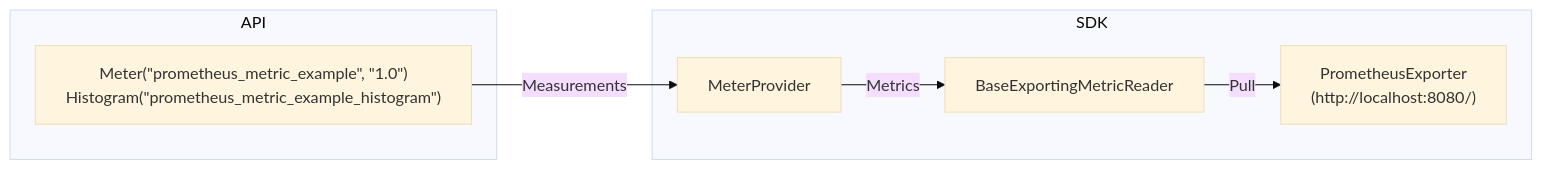
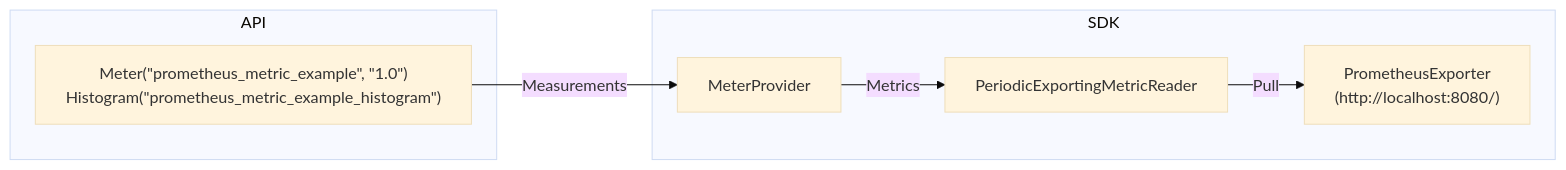
Before and after one commit to open-telemetry/opentelemetry-cpp: the first of 2 diagrams in examples/prometheus/README.md, drawn with Mermaid (base theme). The commit also changed other lines of this file, not shown here.

````diff
--- a/examples/prometheus/README.md
+++ b/examples/prometheus/README.md
@@ -47,17 +47,17 @@
 ```mermaid
 graph LR
 
 subgraph SDK
   MeterProvider
-  MetricReader[BaseExportingMetricReader]
+  MetricReader[PeriodicExportingMetricReader]
   PrometheusExporter["PrometheusExporter<br/>(http://localhost:8080/)"]
 end
 
 subgraph API
   Instrument["Meter(#quot;prometheus_metric_example#quot;, #quot;1.0#quot;)<br/>Histogram(#quot;prometheus_metric_example_histogram#quot;)"]
 end
 
 Instrument --> | Measurements | MeterProvider
 
 MeterProvider --> | Metrics | MetricReader --> | Pull | PrometheusExporter
 ```
````
